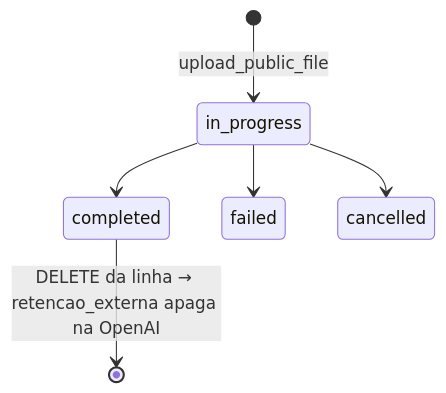
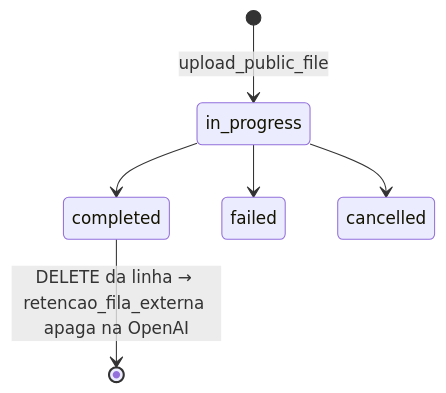
The tenth of 15 diagrams in docs/tcc/modelagem/06-estados.md (Geisbelly/TrailUp), drawn with Mermaid before and after one commit. The commit also changed other lines of this file and 69 other files, not shown here.

````diff
--- a/docs/tcc/modelagem/06-estados.md
+++ b/docs/tcc/modelagem/06-estados.md
@@ -160,8 +188,8 @@
 ```mermaid
 stateDiagram-v2
   [*] --> in_progress: upload_public_file
   in_progress --> completed
   in_progress --> failed
   in_progress --> cancelled
-  completed --> [*]: DELETE da linha → retencao_externa apaga na OpenAI
+  completed --> [*]: DELETE da linha → retencao_fila_externa apaga na OpenAI
 ```
````
